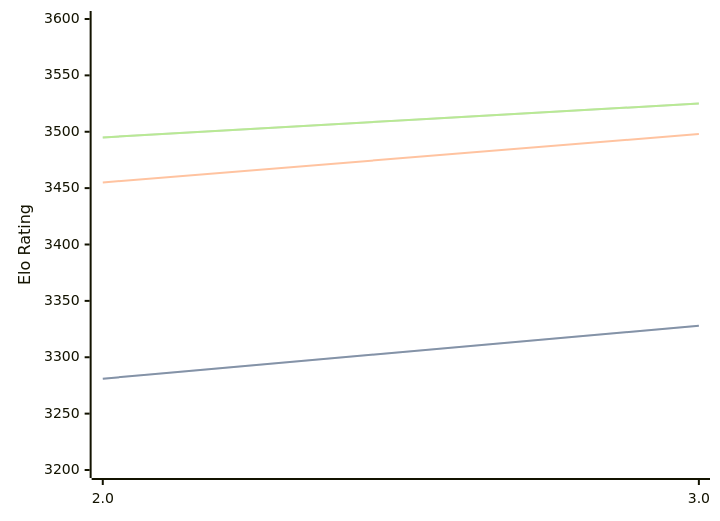
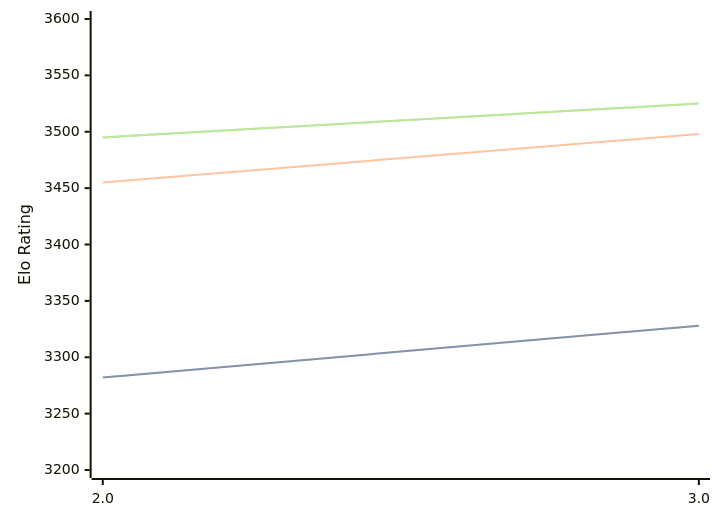
One commit to computer-chess-index/cci changed the third of 3 diagrams in engines/Quanticade.md. Above: the diagram before and after it, drawn with Mermaid. The commit also changed other lines of this file, not shown here.

````diff
--- a/engines/Quanticade.md
+++ b/engines/Quanticade.md
@@ -74,11 +74,11 @@
 ```mermaid
 %%{init: {"theme":"base","themeVariables":{"seriesColors:['#a3a3a3','#222221','#faa371']}}}%%
 xychart-beta
   x-axis ["2.0", "3.0"]
   y-axis "Elo Rating" 3200 --> 3600
-  line "STC (8.0+0.08s)" [3281, 3328]
-  line "STC (8.0+0.08s)" [3281, 3328]
+  line "STC (8.0+0.08s)" [3282, 3328]
+  line "STC (8.0+0.08s)" [3282, 3328]
   line "LTC (60.0+0.60s)" [3455, 3498]
   line "VLTC (2m24s+1.12s)" [3495, 3525]
   line "VLTC (2m24s+1.12s)" [3495, 3525]
 ```
````
